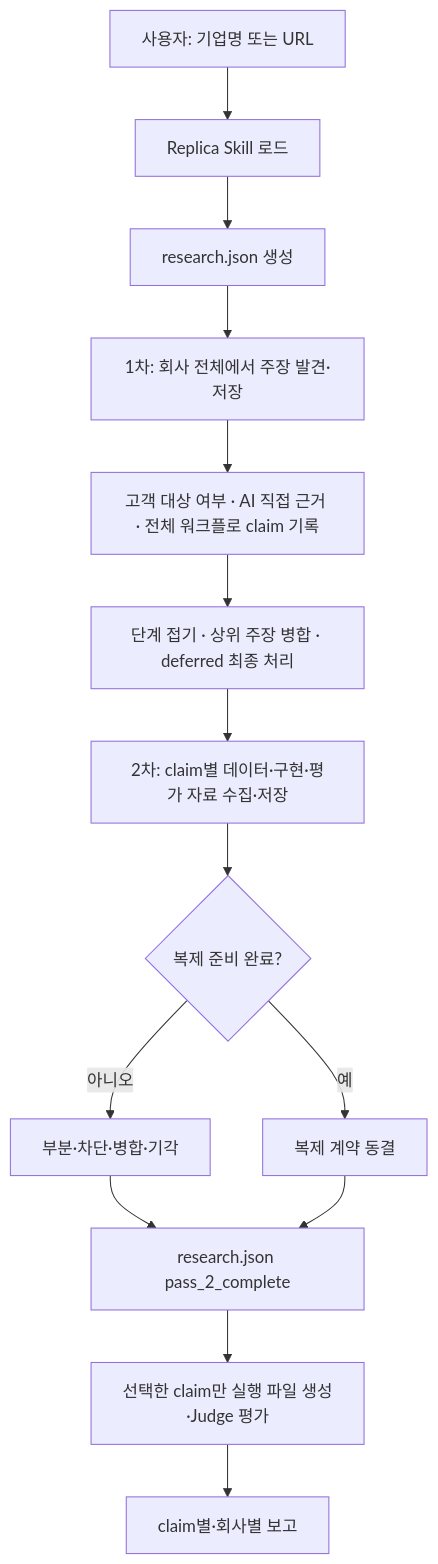
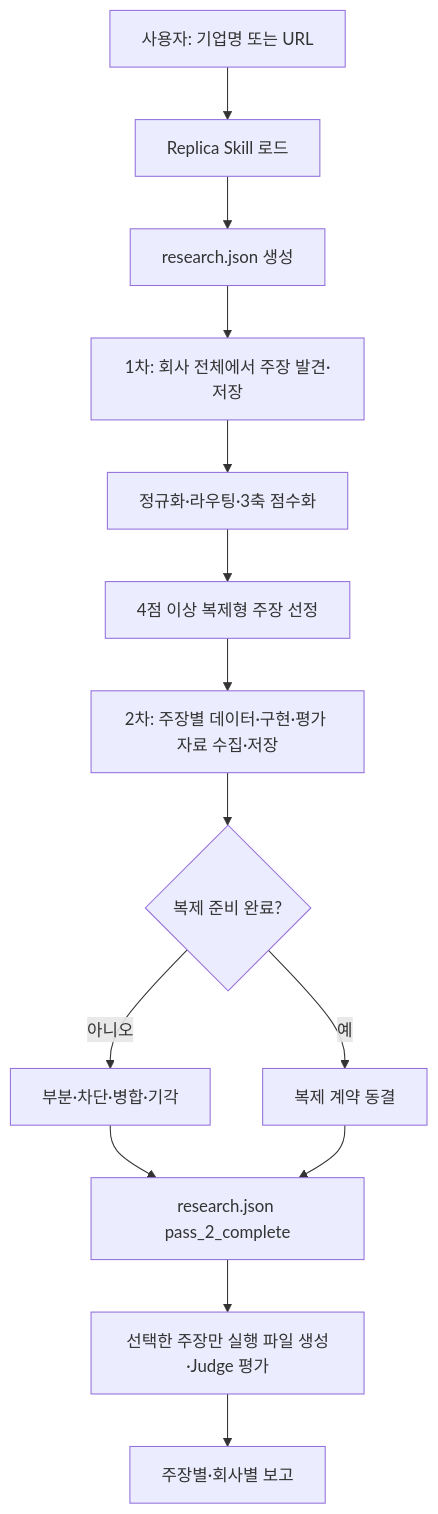
The diagram in README.md (lpshi2002/replica-mvp), drawn with Mermaid before and after one commit. The commit also changed other lines of this file and 67 other files, not shown here.

````diff
--- a/README.md
+++ b/README.md
@@ -109,16 +106,16 @@
 ```mermaid
 flowchart TD
     A["사용자: 기업명 또는 URL"] --> S["Replica Skill 로드"]
     S --> R["research.json 생성"]
     R --> B["1차: 회사 전체에서 주장 발견·저장"]
-    B --> C["고객 대상 여부 · AI 직접 근거 · 전체 워크플로 claim 기록"]
-    C --> D["단계 접기 · 상위 주장 병합 · deferred 최종 처리"]
-    D --> E["2차: claim별 데이터·구현·평가 자료 수집·저장"]
+    B --> C["정규화·라우팅·3축 점수화"]
+    C --> D["4점 이상 복제형 주장 선정"]
+    D --> E["2차: 주장별 데이터·구현·평가 자료 수집·저장"]
     E --> F{"복제 준비 완료?"}
     F -->|아니오| G["부분·차단·병합·기각"]
     F -->|예| H["복제 계약 동결"]
     G --> K["research.json pass_2_complete"]
     H --> K
-    K --> I["선택한 claim만 실행 파일 생성·Judge 평가"]
-    I --> J["claim별·회사별 보고"]
+    K --> I["선택한 주장만 실행 파일 생성·Judge 평가"]
+    I --> J["주장별·회사별 보고"]
 ```
````
